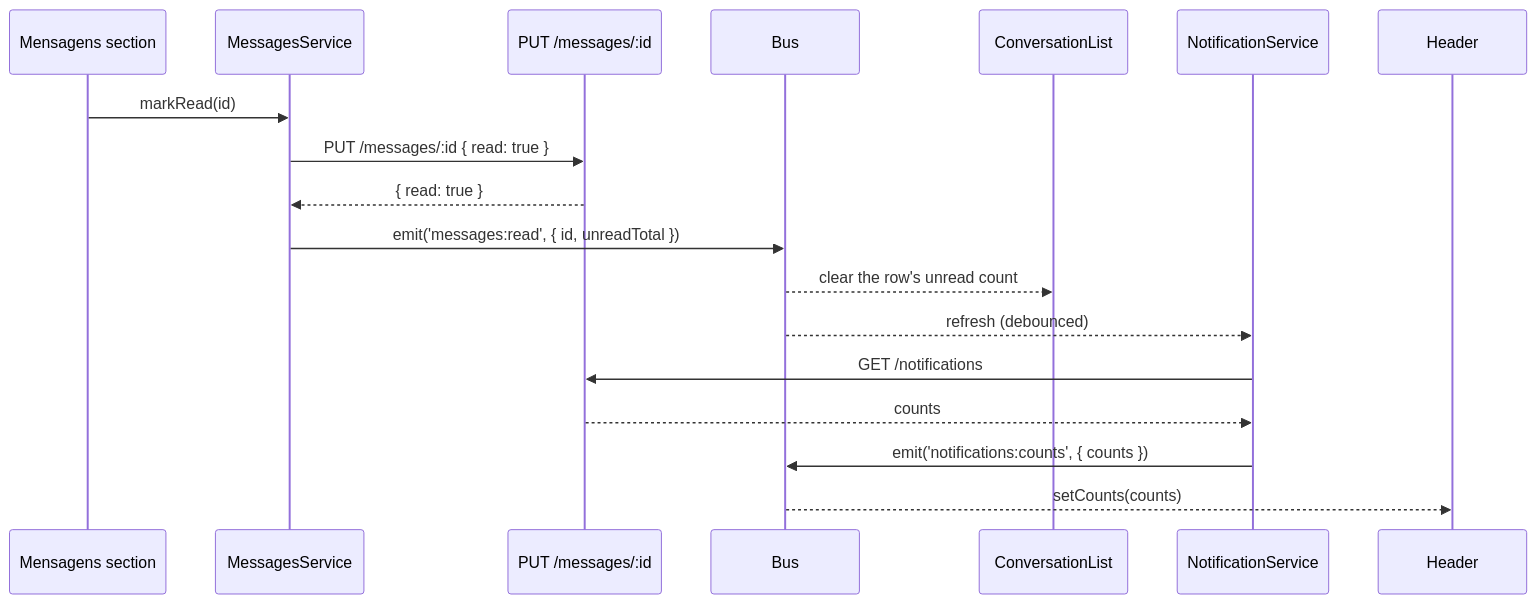
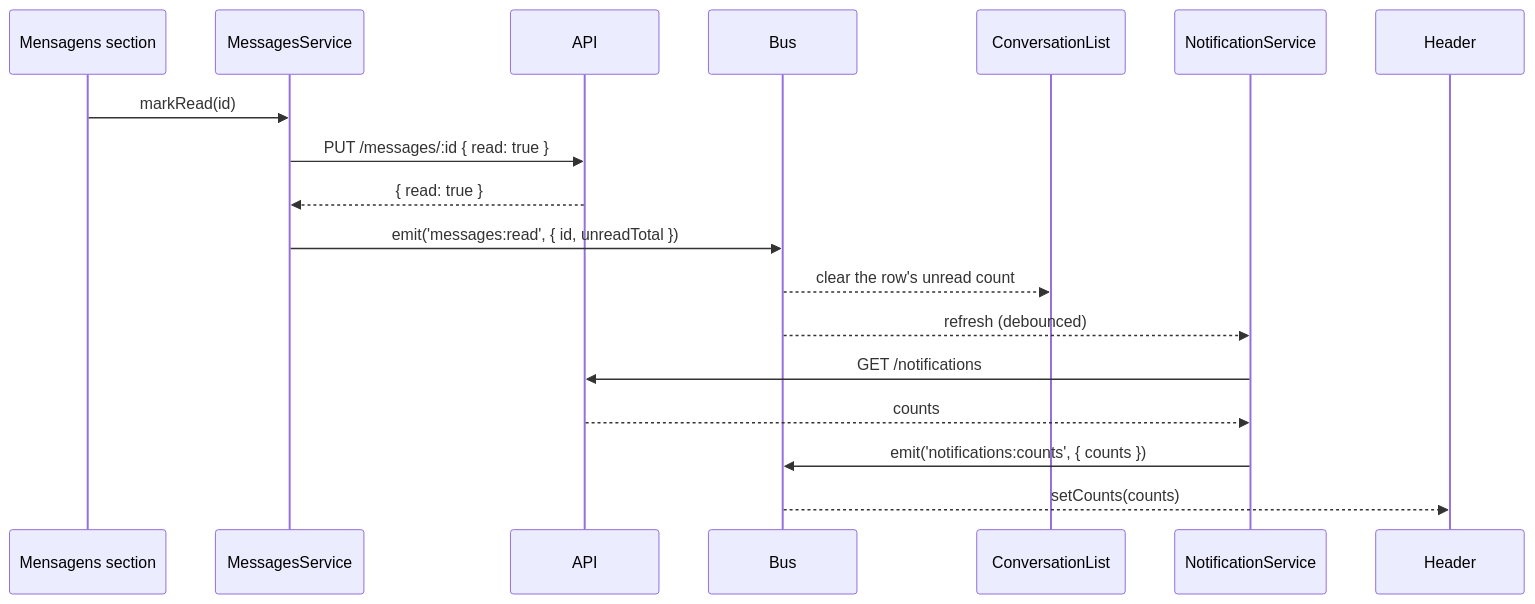
One commit to werlang/gladCode2 changed the fifth of 8 diagrams in docs/frontend/events.md. Above: the diagram before and after it, drawn with Mermaid. The commit also changed other lines of this file, not shown here.

Commit message:
docs: simplify the event-flow diagrams

````diff
--- a/docs/frontend/events.md
+++ b/docs/frontend/events.md
@@ -264,20 +266,20 @@
 ```mermaid
 sequenceDiagram
     participant Section as Mensagens section
     participant Svc as MessagesService
-    participant API as PUT /messages/:id
+    participant API
     participant Bus
     participant List as ConversationList
     participant Notif as NotificationService
     participant Header
     Section->>Svc: markRead(id)
     Svc->>API: PUT /messages/:id { read: true }
     API-->>Svc: { read: true }
     Svc->>Bus: emit('messages:read', { id, unreadTotal })
     Bus-->>List: clear the row's unread count
     Bus-->>Notif: refresh (debounced)
     Notif->>API: GET /notifications
     API-->>Notif: counts
     Notif->>Bus: emit('notifications:counts', { counts })
     Bus-->>Header: setCounts(counts)
 ```
````
